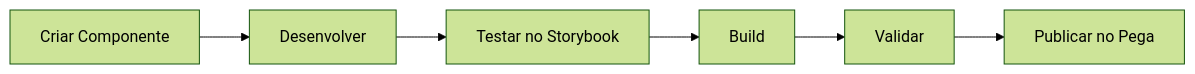
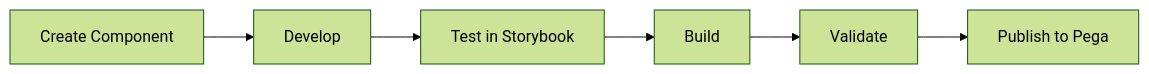
One commit to jguerradasilva/ConstellationDXComponentsPegaPlatform changed the diagram in README.md. Above: the diagram before and after it, drawn with Mermaid (forest theme). The commit also changed other lines of this file, not shown here.

````diff
--- a/README.md
+++ b/README.md
@@ -251,8 +251,8 @@
 ```mermaid
 graph LR
-    A[Criar Componente] --> B[Desenvolver]
-    B --> C[Testar no Storybook]
+    A[Create Component] --> B[Develop]
+    B --> C[Test in Storybook]
     C --> D[Build]
-    D --> E[Validar]
-    E --> F[Publicar no Pega]
+    D --> E[Validate]
+    E --> F[Publish to Pega]
 ```
````
